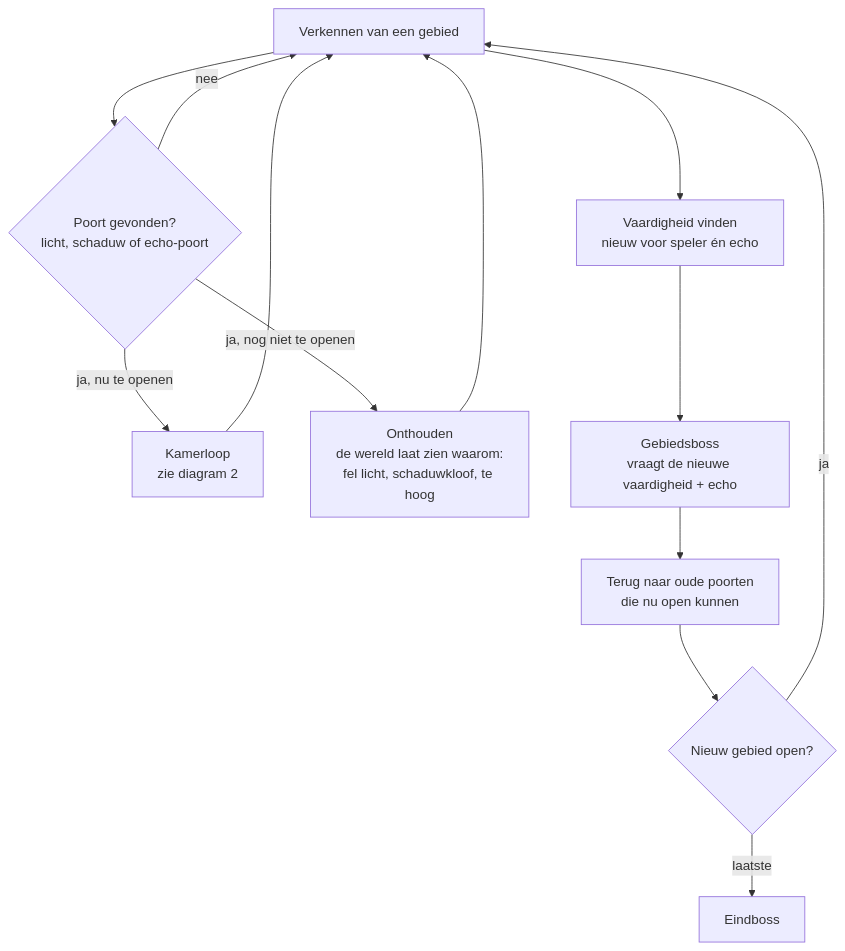
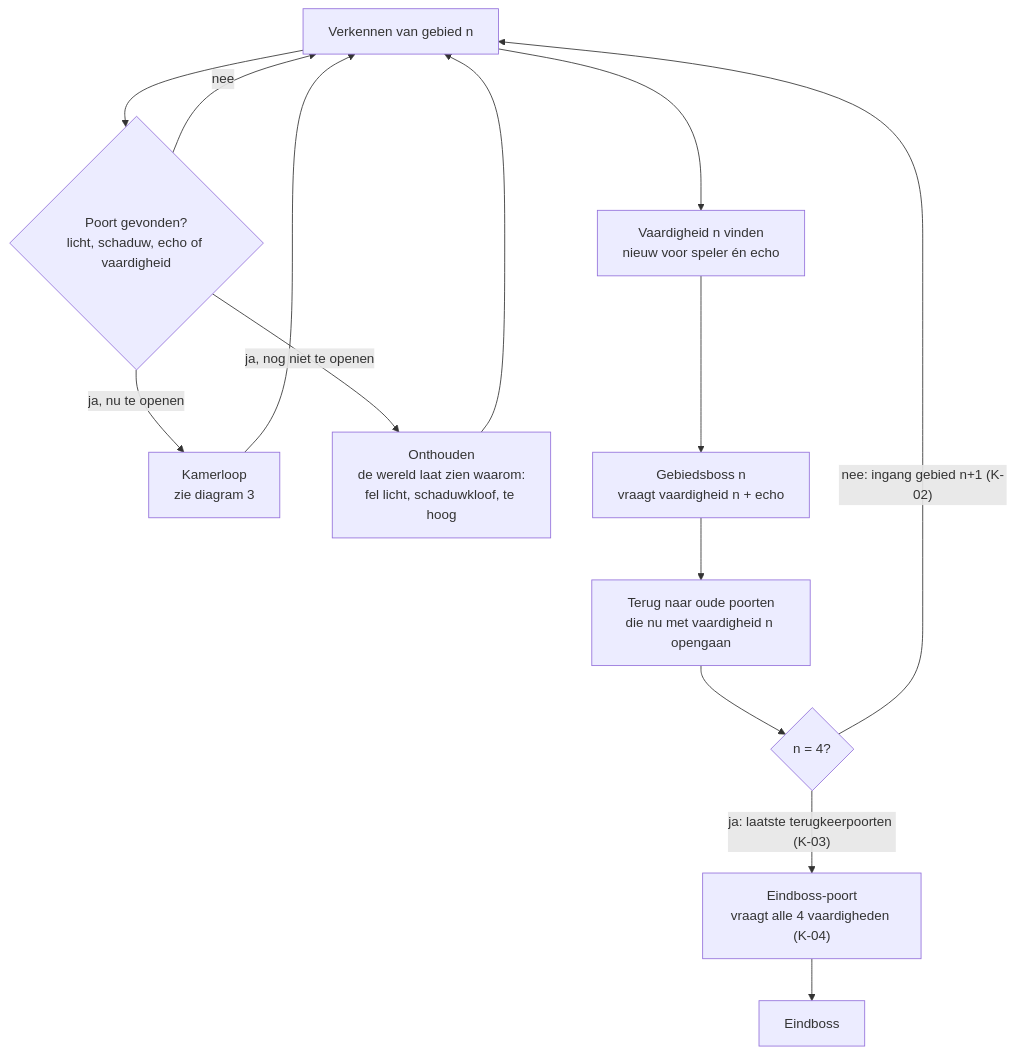
One commit to cesarvangerwen-glitch/echoborn changed the first of 3 diagrams in docs/design/kernloop.md. Above: the diagram before and after it, drawn with Mermaid. The commit also changed other lines of this file and 1 other file, not shown here.

````diff
--- a/docs/design/kernloop.md
+++ b/docs/design/kernloop.md
@@ -23,15 +23,16 @@
 ```mermaid
 flowchart TD
-    A[Verkennen van een gebied] --> B{Poort gevonden?<br/>licht, schaduw of echo-poort}
+    A[Verkennen van gebied n] --> B{Poort gevonden?<br/>licht, schaduw, echo of vaardigheid}
     B -- nee --> A
-    B -- ja, nu te openen --> C[Kamerloop<br/>zie diagram 2]
+    B -- ja, nu te openen --> C[Kamerloop<br/>zie diagram 3]
     B -- ja, nog niet te openen --> D[Onthouden<br/>de wereld laat zien waarom:<br/>fel licht, schaduwkloof, te hoog]
     C --> A
     D --> A
-    A --> E[Vaardigheid vinden<br/>nieuw voor speler én echo]
-    E --> F[Gebiedsboss<br/>vraagt de nieuwe vaardigheid + echo]
-    F --> G[Terug naar oude poorten<br/>die nu open kunnen]
-    G --> H{Nieuw gebied open?}
-    H -- ja --> A
-    H -- laatste --> I[Eindboss]
+    A --> E[Vaardigheid n vinden<br/>nieuw voor speler én echo]
+    E --> F[Gebiedsboss n<br/>vraagt vaardigheid n + echo]
+    F --> G[Terug naar oude poorten<br/>die nu met vaardigheid n opengaan]
+    G --> H{n = 4?}
+    H -- "nee: ingang gebied n+1 (K-02)" --> A
+    H -- "ja: laatste terugkeerpoorten (K-03)" --> J["Eindboss-poort<br/>vraagt alle 4 vaardigheden (K-04)"]
+    J --> I[Eindboss]
 ```
````
